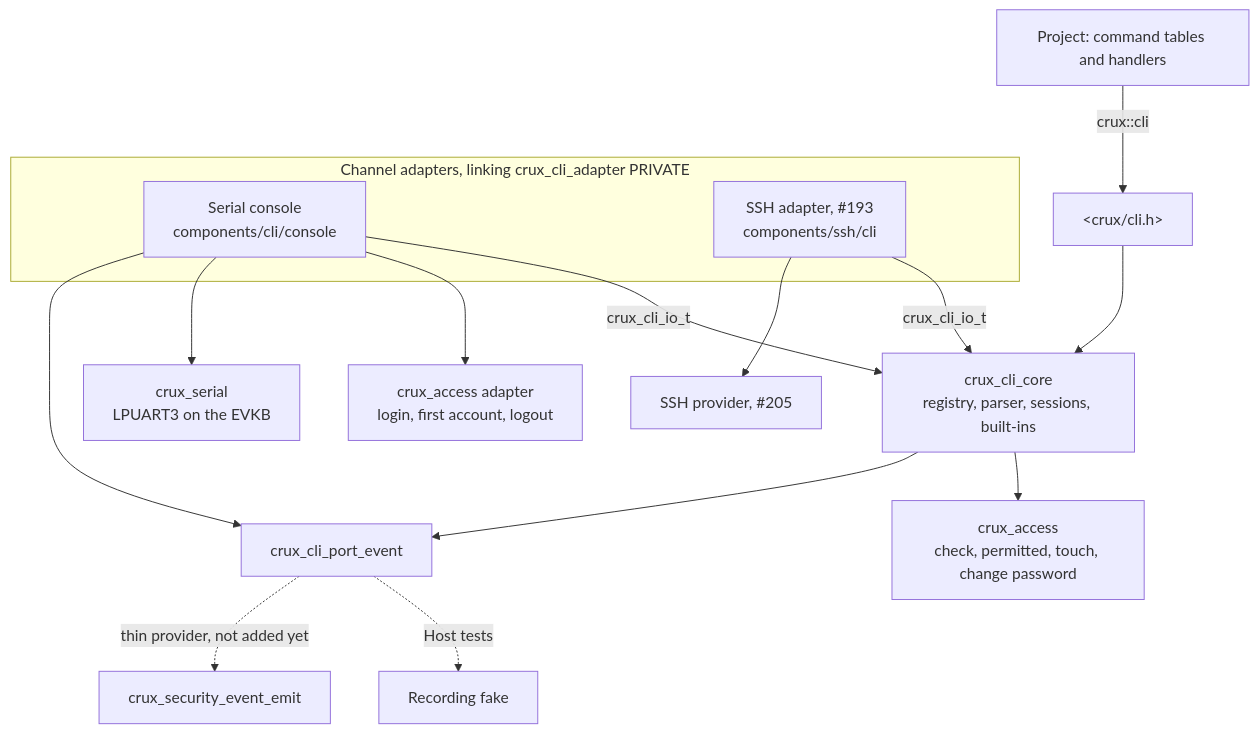
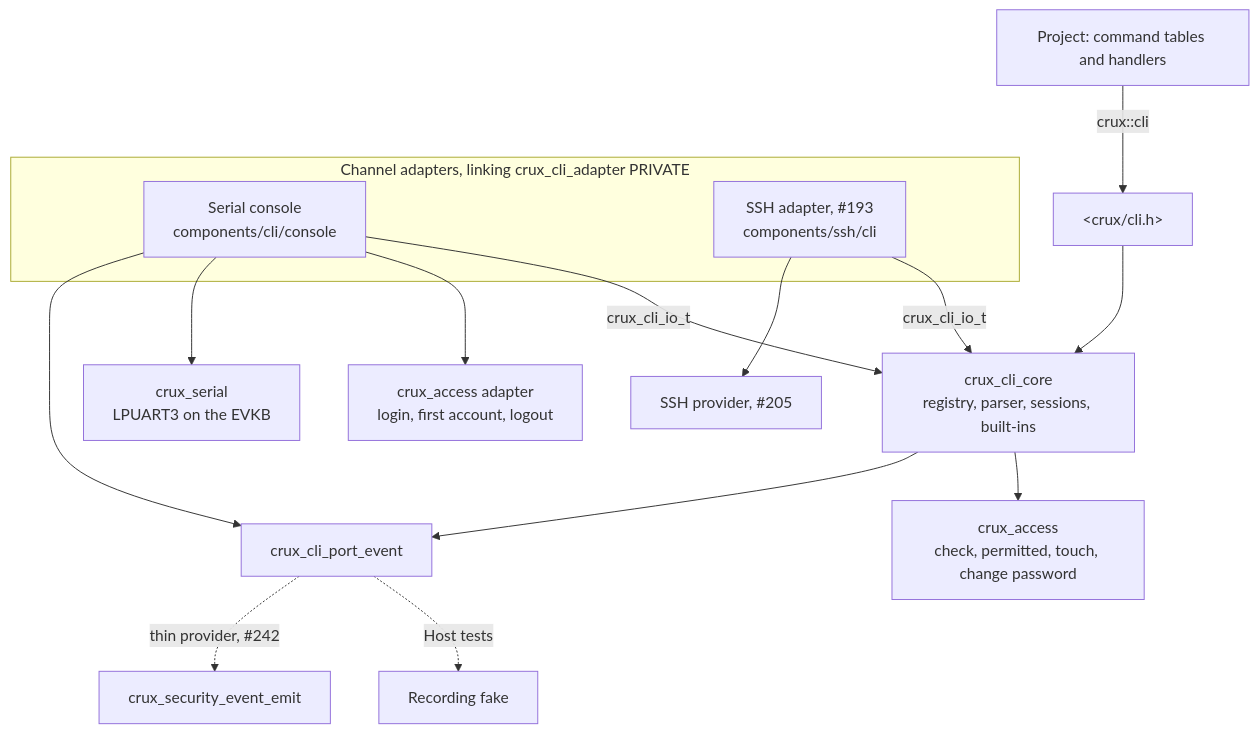
Before and after one commit to wonny-labs/crux-pilot: the first of 4 diagrams in docs/cli-contract.md, drawn with Mermaid. The commit also changed other lines of this file and 25 other files, not shown here.

````diff
--- a/docs/cli-contract.md
+++ b/docs/cli-contract.md
@@ -38,19 +38,19 @@
 ```mermaid
 flowchart TB
     project["Project: command tables and handlers"] -->|"crux::cli"| public["&lt;crux/cli.h&gt;"]
     subgraph channels["Channel adapters, linking crux_cli_adapter PRIVATE"]
         console["Serial console<br/>components/cli/console"]
         ssh["SSH adapter, #193<br/>components/ssh/cli"]
     end
     console -->|"crux_cli_io_t"| core
     ssh -->|"crux_cli_io_t"| core
     public --> core["crux_cli_core<br/>registry, parser, sessions, built-ins"]
     core --> access["crux_access<br/>check, permitted, touch, change password"]
     console --> access2["crux_access adapter<br/>login, first account, logout"]
     console --> serial["crux_serial<br/>LPUART3 on the EVKB"]
     ssh --> provider["SSH provider, #205"]
     core --> port["crux_cli_port_event"]
     console --> port
     port -.->|"Host tests"| fake["Recording fake"]
-    port -.->|"thin provider, not added yet"| events["crux_security_event_emit"]
+    port -.->|"thin provider, #242"| events["crux_security_event_emit"]
 ```
````
